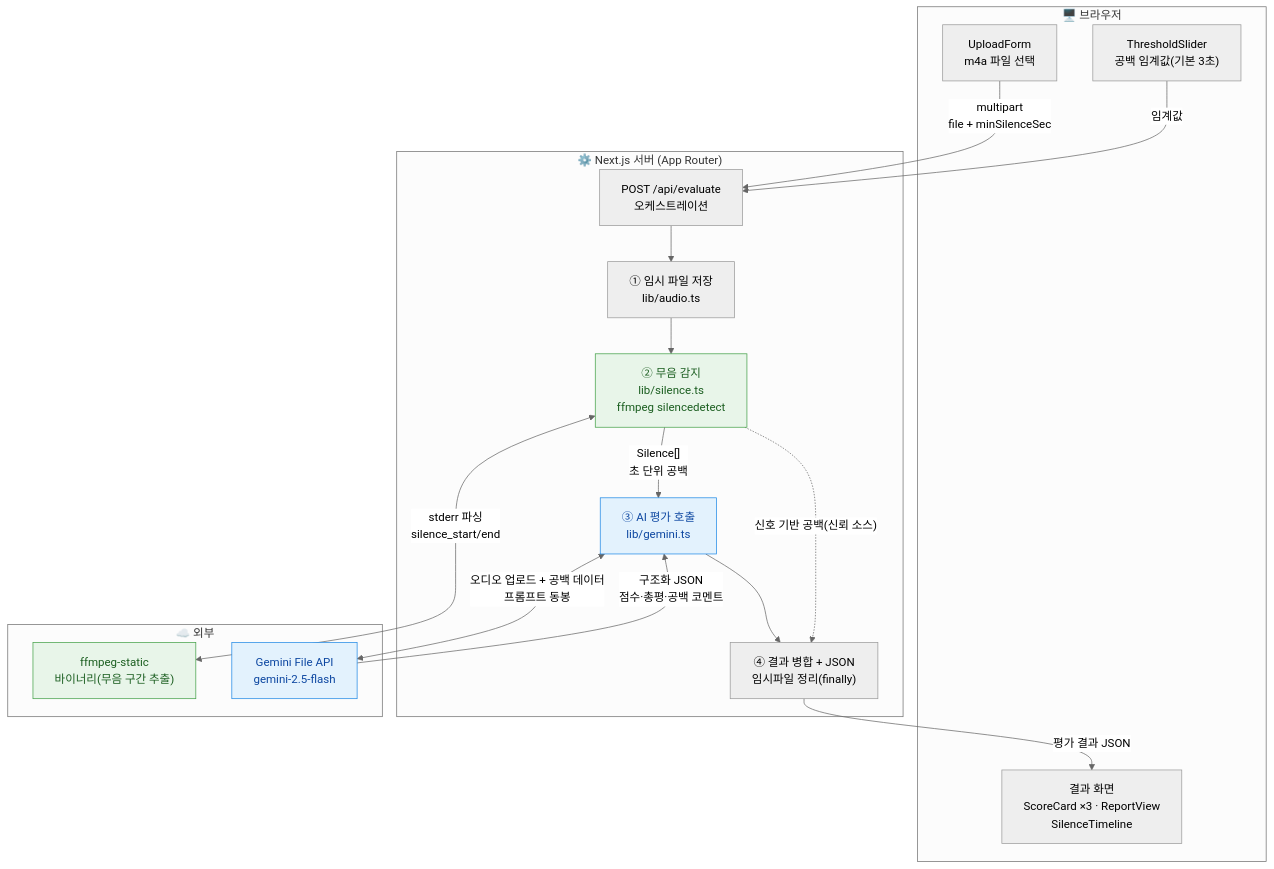
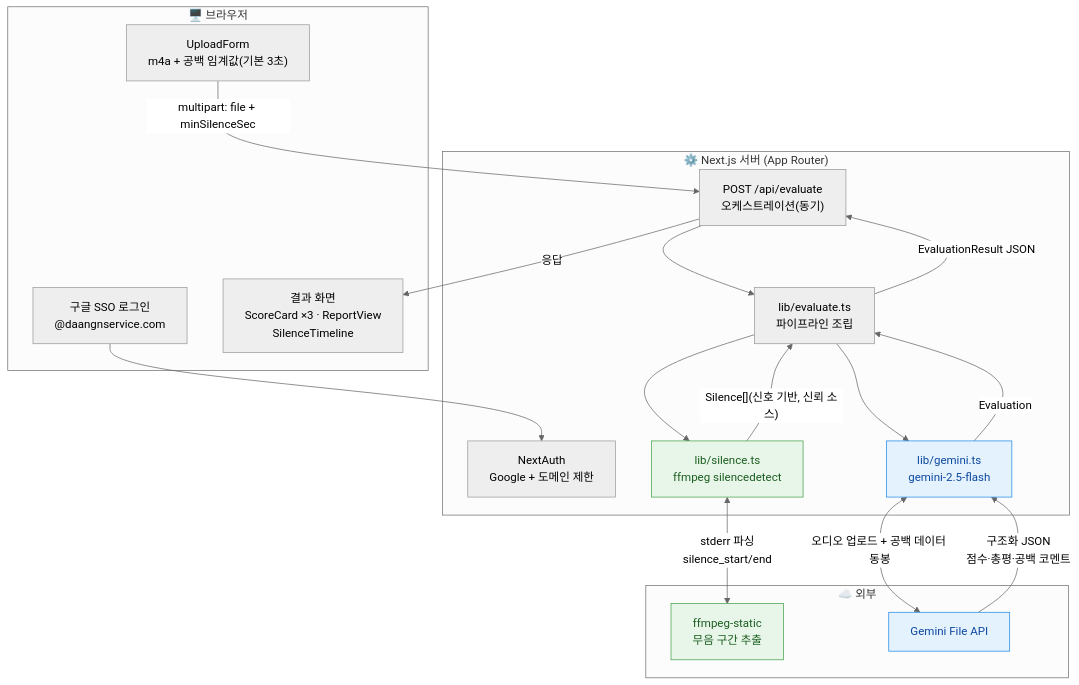
The diagram in docs/superpowers/specs/2026-07-18-call-quality-eval-design.md (daangnservice-com/qms_qradar), drawn with Mermaid (neutral theme) before and after one commit. The commit also changed other lines of this file and 1 other file, not shown here.

````diff
--- a/docs/superpowers/specs/2026-07-18-call-quality-eval-design.md
+++ b/docs/superpowers/specs/2026-07-18-call-quality-eval-design.md
@@ -81,38 +98,39 @@
 ```mermaid
 flowchart TD
     subgraph Browser["🖥️ 브라우저"]
-        UF["UploadForm</br>m4a 파일 선택"]
-        TS["ThresholdSlider</br>공백 임계값(기본 3초)"]
+        LOGIN["구글 SSO 로그인</br>@daangnservice.com"]
+        UF["UploadForm</br>m4a + 공백 임계값(기본 3초)"]
         RESULT["결과 화면</br>ScoreCard ×3 · ReportView</br>SilenceTimeline"]
     end
 
     subgraph Server["⚙️ Next.js 서버 (App Router)"]
-        API["POST /api/evaluate</br>오케스트레이션"]
-        SAVE["① 임시 파일 저장</br>lib/audio.ts"]
-        SIL["② 무음 감지</br>lib/silence.ts</br>ffmpeg silencedetect"]
-        GEM["③ AI 평가 호출</br>lib/gemini.ts"]
-        MERGE["④ 결과 병합 + JSON</br>임시파일 정리(finally)"]
+        AUTH["NextAuth</br>Google + 도메인 제한"]
+        API["POST /api/evaluate</br>오케스트레이션(동기)"]
+        EVAL["lib/evaluate.ts</br>파이프라인 조립"]
+        SIL["lib/silence.ts</br>ffmpeg silencedetect"]
+        GEM["lib/gemini.ts</br>gemini-2.5-flash"]
     end
 
     subgraph External["☁️ 외부"]
-        FF["ffmpeg-static</br>바이너리(무음 구간 추출)"]
-        GAPI["Gemini File API</br>gemini-2.5-flash"]
+        FF["ffmpeg-static</br>무음 구간 추출"]
+        GAPI["Gemini File API"]
     end
 
-    UF -->|"multipart</br>file + minSilenceSec"| API
-    TS -->|"임계값"| API
-    API --> SAVE
-    SAVE --> SIL
+    LOGIN --> AUTH
+    UF -->|"multipart: file + minSilenceSec"| API
+    API --> EVAL
+    EVAL --> SIL
     SIL <-->|"stderr 파싱</br>silence_start/end"| FF
-    SIL -->|"Silence[]</br>초 단위 공백"| GEM
-    GEM <-->|"오디오 업로드 + 공백 데이터</br>프롬프트 동봉"| GAPI
+    SIL -->|"Silence[](신호 기반, 신뢰 소스)"| EVAL
+    EVAL --> GEM
+    GEM <-->|"오디오 업로드 + 공백 데이터 동봉"| GAPI
     GAPI -->|"구조화 JSON</br>점수·총평·공백 코멘트"| GEM
-    GEM --> MERGE
-    SIL -.->|"신호 기반 공백(신뢰 소스)"| MERGE
-    MERGE -->|"평가 결과 JSON"| RESULT
+    GEM -->|"Evaluation"| EVAL
+    EVAL -->|"EvaluationResult JSON"| API
+    API -->|"응답"| RESULT
 
     classDef signal fill:#e8f5e9,stroke:#43a047,color:#1b5e20;
     classDef ai fill:#e3f2fd,stroke:#1e88e5,color:#0d47a1;
     class SIL,FF signal;
     class GEM,GAPI ai;
 ```
````
